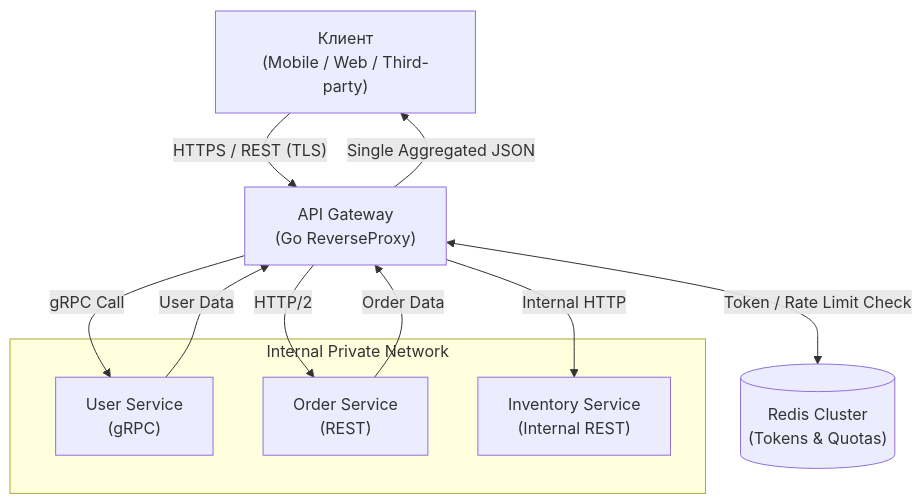
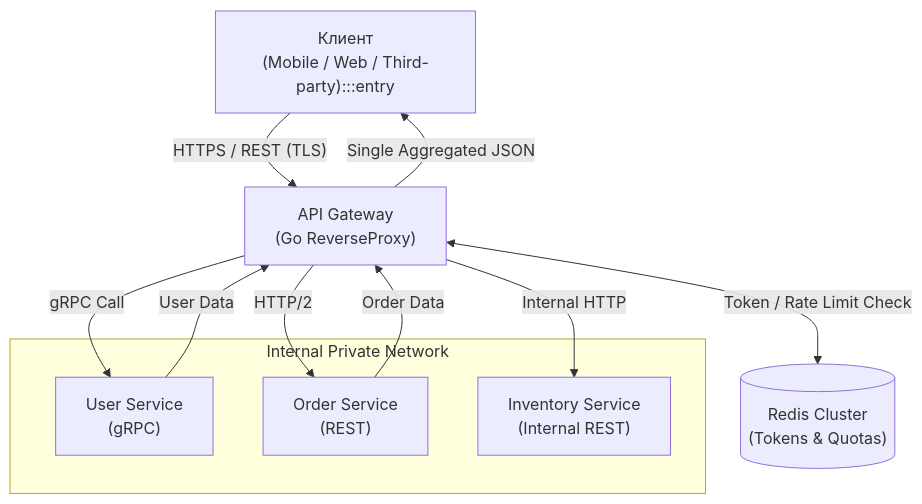
One commit to UnrealTemplier/go-textbook changed the diagram in sources/14. Распределенные системы на Go/09. Паттерны/4. API Gateway.md. Above: the diagram before and after it, drawn with Mermaid. The commit also changed 1666 other files, not shown here.

First line of the commit message:
feat(mermaid): add semantic color classDef to 1369 colorless flowchart/graph diagrams

````diff
--- a/sources/14. Распределенные системы на Go/09. Паттерны/4. API Gateway.md
+++ b/sources/14. Распределенные системы на Go/09. Паттерны/4. API Gateway.md
@@ -40,19 +40,29 @@
 ```mermaid
 flowchart TD
-    Client["Клиент<br>(Mobile / Web / Third-party)"] -->|"HTTPS / REST (TLS)"| Gateway["API Gateway<br>(Go ReverseProxy)"]
+    classDef process  fill:#1e293b,stroke:#38bdf8,stroke-width:1px,color:#f8fafc
+    classDef success  fill:#064e3b,stroke:#34d399,stroke-width:1px,color:#f8fafc
+    classDef error    fill:#7f1d1d,stroke:#f87171,stroke-width:1px,color:#f8fafc
+    classDef warning  fill:#78350f,stroke:#fbbf24,stroke-width:1px,color:#f8fafc
+    classDef entry    fill:#1e3a5f,stroke:#38bdf8,stroke-width:2px,color:#f8fafc
+    classDef aux      fill:#334155,stroke:#64748b,stroke-width:1px,color:#f8fafc
+    classDef system   fill:#312e81,stroke:#a78bfa,stroke-width:1px,color:#f8fafc
+    classDef data     fill:#132d29,stroke:#2dd4bf,stroke-width:1px,color:#f8fafc
+    classDef network  fill:#881337,stroke:#fb7185,stroke-width:1px,color:#f8fafc
+    classDef accent   fill:#1e1b4b,stroke:#818cf8,stroke-width:1px,color:#f8fafc
+    Client["Клиент<br>(Mobile / Web / Third-party):::entry"] -->|"HTTPS / REST (TLS)"| Gateway["API Gateway<br>(Go ReverseProxy)"]
     
     subgraph "Internal Private Network"
         ServiceA["User Service<br>(gRPC)"]
         ServiceB["Order Service<br>(REST)"]
         ServiceC["Inventory Service<br>(Internal REST)"]
     end
     
     Gateway -->|"gRPC Call"| ServiceA
     Gateway -->|"HTTP/2"| ServiceB
     Gateway -->|"Internal HTTP"| ServiceC
     Gateway <-->|"Token / Rate Limit Check"| Redis[("Redis Cluster<br>(Tokens & Quotas)")]
     
     ServiceA -->|"User Data"| Gateway
     ServiceB -->|"Order Data"| Gateway
     Gateway -->|"Single Aggregated JSON"| Client
 ```
````
